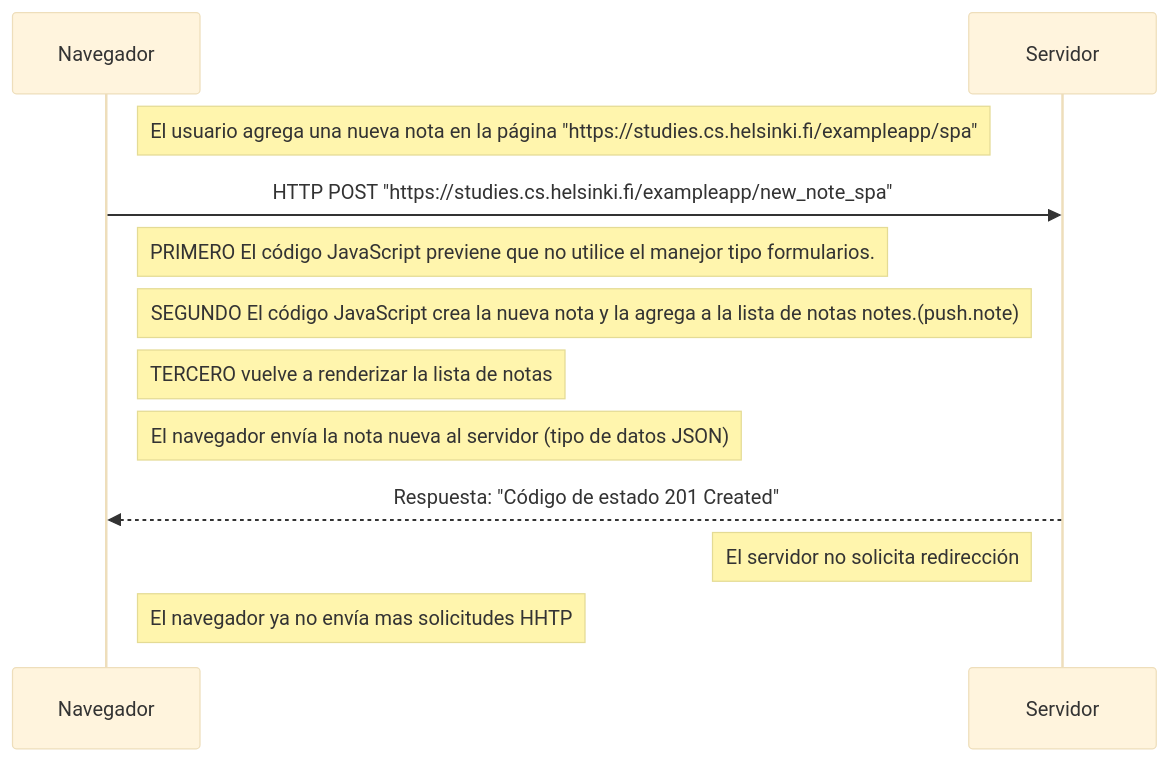
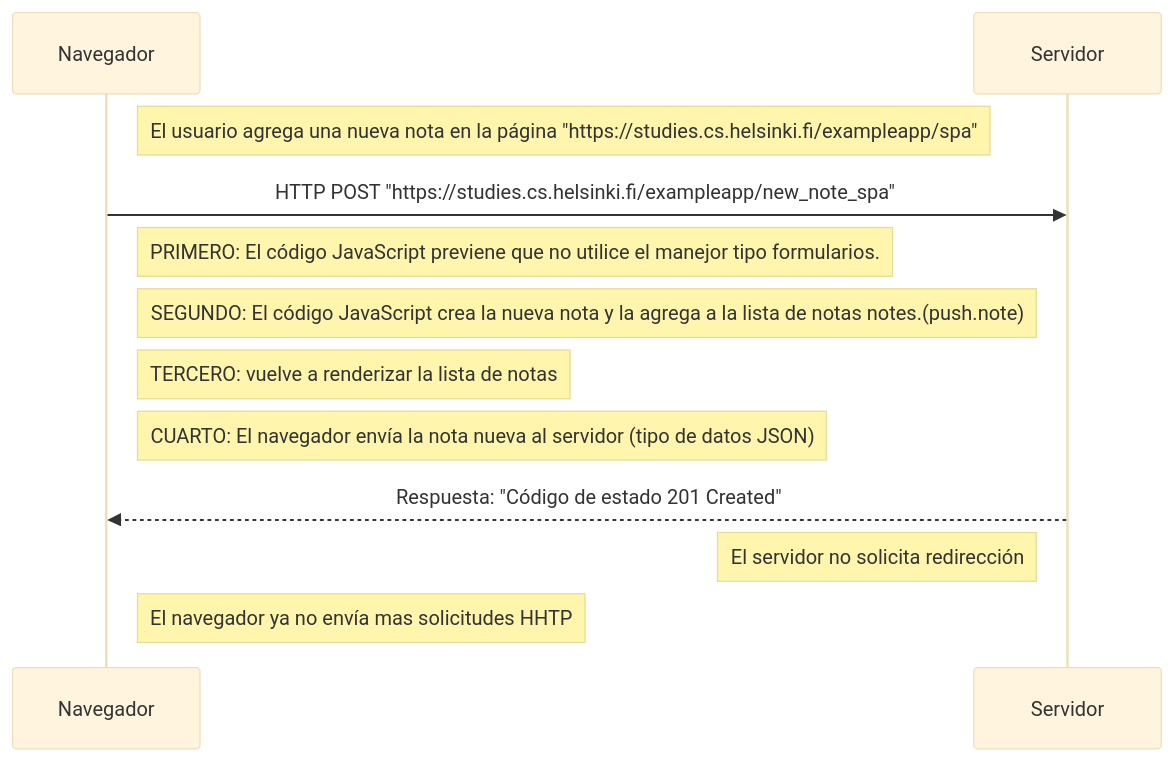
The diagram in Part-0/0.6-Nueva-nota-en-diagrama-de-app-de-una-sola-pagina.md (estebanrcr/FullStackOpen), drawn with Mermaid (base theme) before and after one commit.

````diff
--- a/Part-0/0.6-Nueva-nota-en-diagrama-de-app-de-una-sola-pagina.md
+++ b/Part-0/0.6-Nueva-nota-en-diagrama-de-app-de-una-sola-pagina.md
@@ -1,21 +1,21 @@
 ```mermaid
 sequenceDiagram
 Participant Navegador
 Participant Servidor
 
 Note right of Navegador: El usuario agrega una nueva nota en la página "https://studies.cs.helsinki.fi/exampleapp/spa"
 Navegador ->>  Servidor: HTTP POST "https://studies.cs.helsinki.fi/exampleapp/new_note_spa"
-Note right of Navegador: PRIMERO El código JavaScript previene que no utilice el manejor tipo formularios. 
-Note right of Navegador: SEGUNDO El código JavaScript crea la nueva nota y la agrega a la lista de notas notes.(push.note)
-Note right of Navegador: TERCERO vuelve a renderizar la lista de notas
-Note right of Navegador: El navegador envía la nota nueva al servidor (tipo de datos JSON)
+Note right of Navegador: PRIMERO: El código JavaScript previene que no utilice el manejor tipo formularios. 
+Note right of Navegador: SEGUNDO: El código JavaScript crea la nueva nota y la agrega a la lista de notas notes.(push.note)
+Note right of Navegador: TERCERO: vuelve a renderizar la lista de notas
+Note right of Navegador: CUARTO: El navegador envía la nota nueva al servidor (tipo de datos JSON)
 
 Servidor -->> Navegador: Respuesta: "Código de estado 201 Created"
 Note left of Servidor: El servidor no solicita redirección
 Note right of Navegador: El navegador ya no envía mas solicitudes HHTP
 
 
 
 
 
 ```
````
